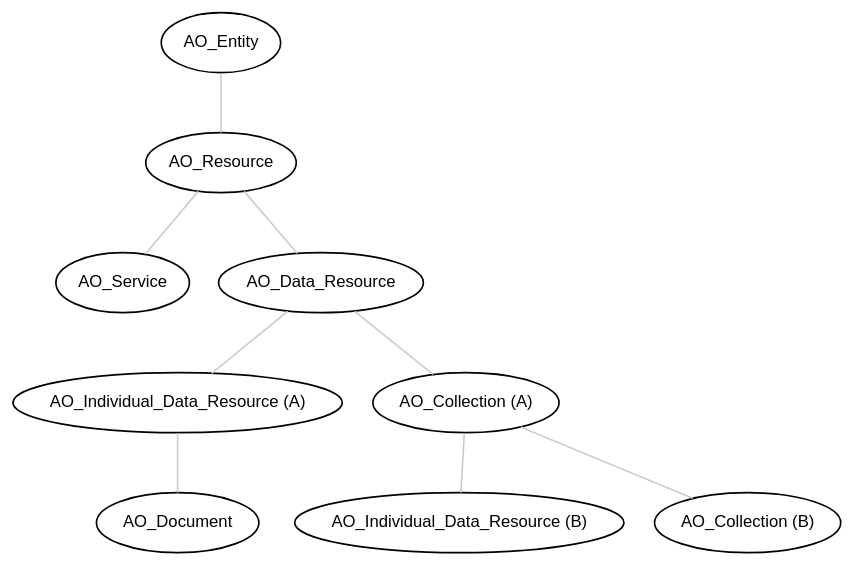
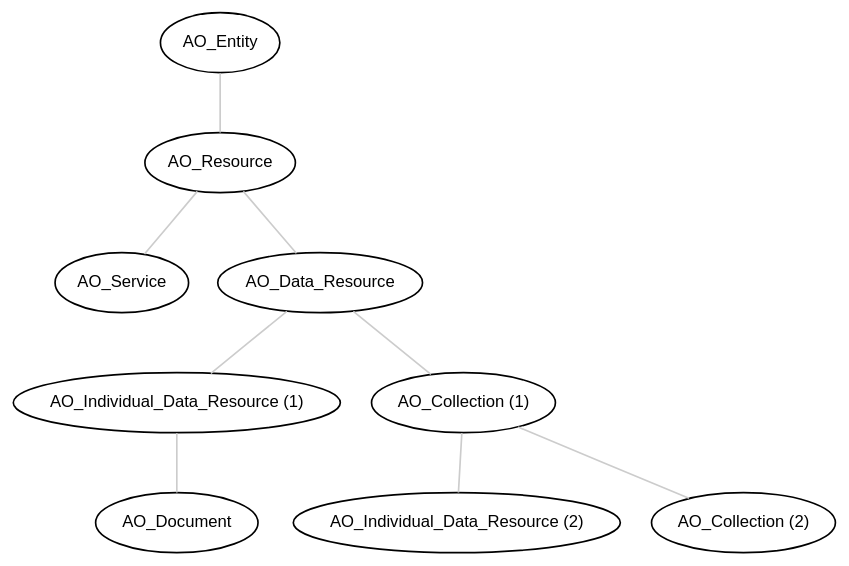
Before and after one commit to petrpajdla/atRium: diagram 11 of 11 in ariadne/index.qmd, drawn with Graphviz. The commit also changed other lines of this file and 1 other file, not shown here.

````diff
--- a/ariadne/index.qmd
+++ b/ariadne/index.qmd
@@ -924,34 +938,34 @@
 ```{dot}
 //| echo: false
-//| fig-width: 6
+//| fig-width: 8
 //| fig-height: 6
 //| fig-align: "center"
 
 graph G {
   rankdir=TR
   bgcolor="transparent"
   node [
     fontname="Vollkorn,sans-serif"
     fontsize="10"
   ]
   edge [
     fontname="Vollkorn,sans-serif" 
     fontsize="8"
     color="gray80"
   ]
   graph [
     fontname="Vollkorn,sans-serif"
     fontsize="8"
     fontcolor="gray40"
   ]
   
   "AO_Entity" -- "AO_Resource";
   "AO_Resource" -- "AO_Service";
   "AO_Resource" -- "AO_Data_Resource";
-  "AO_Data_Resource" -- "AO_Individual_Data_Resource (A)";
-  "AO_Data_Resource" -- "AO_Collection (A)";
-  "AO_Collection (A)" -- "AO_Individual_Data_Resource (B)";
-  "AO_Collection (A)" -- "AO_Collection (B)";
-  "AO_Individual_Data_Resource (A)" -- "AO_Document";
+  "AO_Data_Resource" -- "AO_Individual_Data_Resource (1)";
+  "AO_Data_Resource" -- "AO_Collection (1)";
+  "AO_Collection (1)" -- "AO_Individual_Data_Resource (2)";
+  "AO_Collection (1)" -- "AO_Collection (2)";
+  "AO_Individual_Data_Resource (1)" -- "AO_Document";
 }
 ```
````
